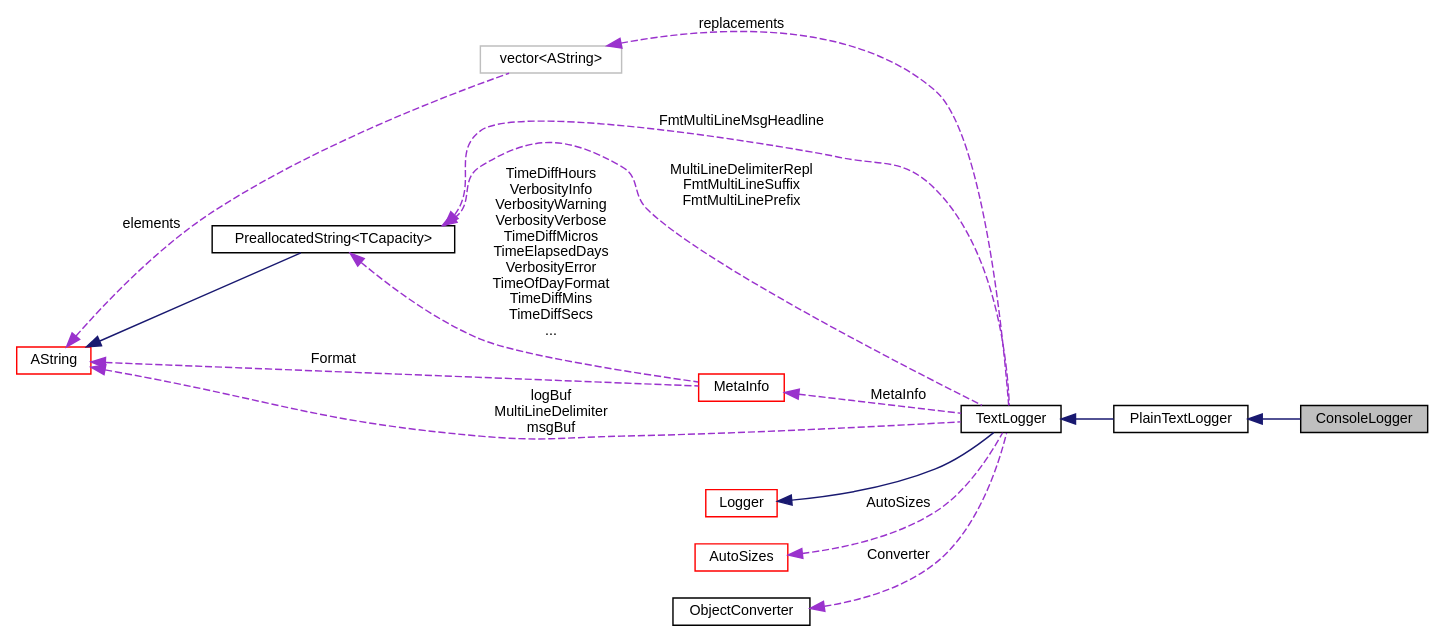
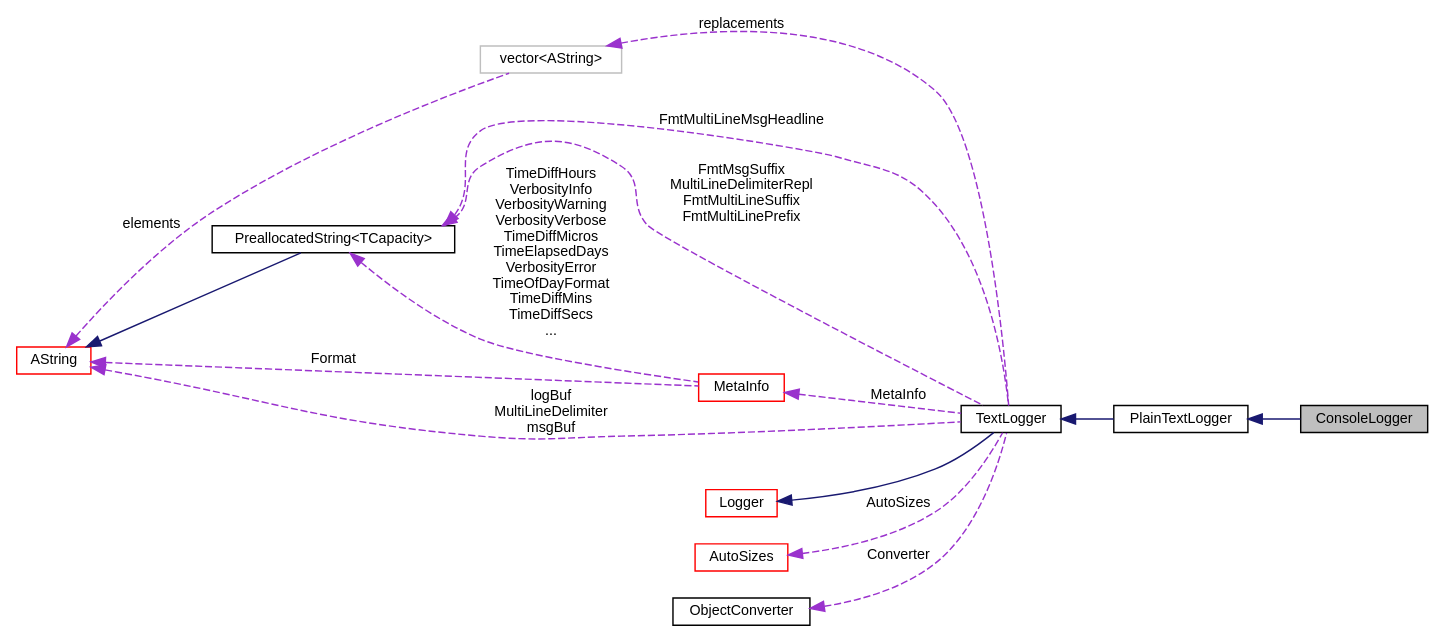
One commit to AlexWorx/ALox-Logging-Library changed the diagram in cpp_ref/classaworx_1_1lox_1_1loggers_1_1ConsoleLogger__coll__graph.dot.corrected.dot. Above: the diagram before and after it, drawn with Graphviz. The commit also changed 4170 other files, not shown here.

```diff
--- a/cpp_ref/classaworx_1_1lox_1_1loggers_1_1ConsoleLogger__coll__graph.dot.corrected.dot
+++ b/cpp_ref/classaworx_1_1lox_1_1loggers_1_1ConsoleLogger__coll__graph.dot.corrected.dot
@@ -1,30 +1,30 @@
 digraph "ConsoleLogger"
 {
   edge [fontname="Helvetica",fontsize="10",labelfontname="Helvetica",labelfontsize="10"];
   node [fontname="Helvetica",fontsize="10",shape=record];
   rankdir="LR";
   Node7 [label="ConsoleLogger",height=0.2,width=0.4,color="black", fillcolor="grey75", style="filled", fontcolor="black"];
   Node26 [label="vector\<AString\>",height=0.2,width=0.4,color="grey75", fillcolor="white", style="filled"];
   Node19 [label="PreallocatedString\<TCapacity\>",height=0.2,width=0.4,color="black", fillcolor="white", style="filled",URL="$classaworx_1_1lib_1_1strings_1_1PreallocatedString.html"];
   Node8 -> Node7 [dir="back",color="midnightblue",fontsize="10",style="solid",fontname="Helvetica"];
   Node9 -> Node8 [dir="back",color="midnightblue",fontsize="10",style="solid",fontname="Helvetica"];
   Node10 -> Node9 [dir="back",color="midnightblue",fontsize="10",style="solid",fontname="Helvetica"];
   Node19 -> Node9 [dir="back",color="darkorchid3",fontsize="10",style="dashed",label=" FmtMultiLineMsgHeadline" ,fontname="Helvetica"];
-  Node19 -> Node9 [dir="back",color="darkorchid3",fontsize="10",style="dashed",label=" MultiLineDelimiterRepl\nFmtMultiLineSuffix\nFmtMultiLinePrefix" ,fontname="Helvetica"];
-  Node19 -> Node28 [dir="back",color="darkorchid3",fontsize="10",style="dashed",label=" TimeDiffHours\nVerbosityInfo\nVerbosityWarning\nVerbosityVerbose\nTimeDiffMicros\nTimeElapsedDays\nVerbosityError\nTimeOfDayFormat\nTimeDiffMins\nTimeDiffSecs\n..." ,fontname="Helvetica"];
+  Node19 -> Node9 [dir="back",color="darkorchid3",fontsize="10",style="dashed",label=" FmtMsgSuffix\nMultiLineDelimiterRepl\nFmtMultiLineSuffix\nFmtMultiLinePrefix" ,fontname="Helvetica"];
+  Node19 -> Node30 [dir="back",color="darkorchid3",fontsize="10",style="dashed",label=" TimeDiffHours\nVerbosityInfo\nVerbosityWarning\nVerbosityVerbose\nTimeDiffMicros\nTimeElapsedDays\nVerbosityError\nTimeOfDayFormat\nTimeDiffMins\nTimeDiffSecs\n..." ,fontname="Helvetica"];
   Node20 -> Node9 [dir="back",color="darkorchid3",fontsize="10",style="dashed",label=" logBuf\nMultiLineDelimiter\nmsgBuf" ,fontname="Helvetica"];
   Node20 -> Node19 [dir="back",color="midnightblue",fontsize="10",style="solid",fontname="Helvetica"];
   Node20 -> Node26 [dir="back",color="darkorchid3",fontsize="10",style="dashed",label=" elements" ,fontname="Helvetica"];
-  Node20 -> Node28 [dir="back",color="darkorchid3",fontsize="10",style="dashed",label=" Format" ,fontname="Helvetica"];
+  Node20 -> Node30 [dir="back",color="darkorchid3",fontsize="10",style="dashed",label=" Format" ,fontname="Helvetica"];
   Node26 -> Node9 [dir="back",color="darkorchid3",fontsize="10",style="dashed",label=" replacements" ,fontname="Helvetica"];
-  Node28 -> Node9 [dir="back",color="darkorchid3",fontsize="10",style="dashed",label=" MetaInfo" ,fontname="Helvetica"];
-  Node30 -> Node9 [dir="back",color="darkorchid3",fontsize="10",style="dashed",label=" AutoSizes" ,fontname="Helvetica"];
+  Node28 -> Node9 [dir="back",color="darkorchid3",fontsize="10",style="dashed",label=" AutoSizes" ,fontname="Helvetica"];
+  Node30 -> Node9 [dir="back",color="darkorchid3",fontsize="10",style="dashed",label=" MetaInfo" ,fontname="Helvetica"];
   Node32 -> Node9 [dir="back",color="darkorchid3",fontsize="10",style="dashed",label=" Converter" ,fontname="Helvetica"];
   Node8 [label="PlainTextLogger",height=0.2,width=0.4,color="black", fillcolor="white", style="filled",URL="$classaworx_1_1lox_1_1core_1_1textlogger_1_1PlainTextLogger.html"];
   Node9 [label="TextLogger",height=0.2,width=0.4,color="black", fillcolor="white", style="filled",URL="$classaworx_1_1lox_1_1core_1_1textlogger_1_1TextLogger.html"];
   Node10 [label="Logger",height=0.2,width=0.4,color="red", fillcolor="white", style="filled",URL="$classaworx_1_1lox_1_1core_1_1Logger.html"];
   Node20 [label="AString",height=0.2,width=0.4,color="red", fillcolor="white", style="filled",URL="$classaworx_1_1lib_1_1strings_1_1AString.html"];
-  Node28 [label="MetaInfo",height=0.2,width=0.4,color="red", fillcolor="white", style="filled",URL="$classaworx_1_1lox_1_1core_1_1textlogger_1_1MetaInfo.html"];
-  Node30 [label="AutoSizes",height=0.2,width=0.4,color="red", fillcolor="white", style="filled",URL="$classaworx_1_1lib_1_1strings_1_1AutoSizes.html"];
+  Node28 [label="AutoSizes",height=0.2,width=0.4,color="red", fillcolor="white", style="filled",URL="$classaworx_1_1lib_1_1strings_1_1util_1_1AutoSizes.html"];
+  Node30 [label="MetaInfo",height=0.2,width=0.4,color="red", fillcolor="white", style="filled",URL="$classaworx_1_1lox_1_1core_1_1textlogger_1_1MetaInfo.html"];
   Node32 [label="ObjectConverter",height=0.2,width=0.4,color="black", fillcolor="white", style="filled",URL="$classaworx_1_1lox_1_1core_1_1textlogger_1_1ObjectConverter.html"];
 }
```
